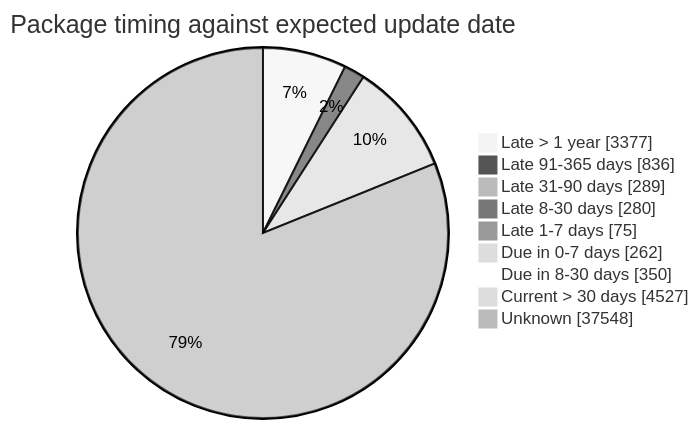
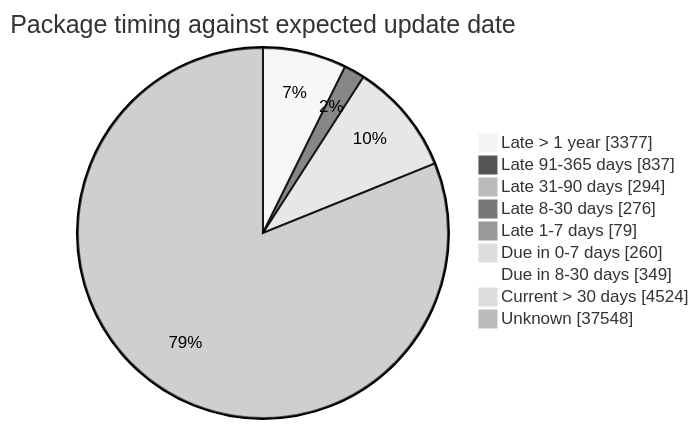
The fourth of 5 diagrams in FreshCheck/README.md (open-data/analytics-corporate-reporting), drawn with Mermaid (neutral theme) before and after one commit. The commit also changed other lines of this file and 3 other files, not shown here.

````diff
--- a/FreshCheck/README.md
+++ b/FreshCheck/README.md
@@ -87,12 +87,12 @@
 ```mermaid
 pie showData title Package timing against expected update date
     "Late > 1 year": 3377
-    "Late 91-365 days": 836
-    "Late 31-90 days": 289
-    "Late 8-30 days": 280
-    "Late 1-7 days": 75
-    "Due in 0-7 days": 262
-    "Due in 8-30 days": 350
-    "Current > 30 days": 4527
+    "Late 91-365 days": 837
+    "Late 31-90 days": 294
+    "Late 8-30 days": 276
+    "Late 1-7 days": 79
+    "Due in 0-7 days": 260
+    "Due in 8-30 days": 349
+    "Current > 30 days": 4524
     "Unknown": 37548
 ```
````
